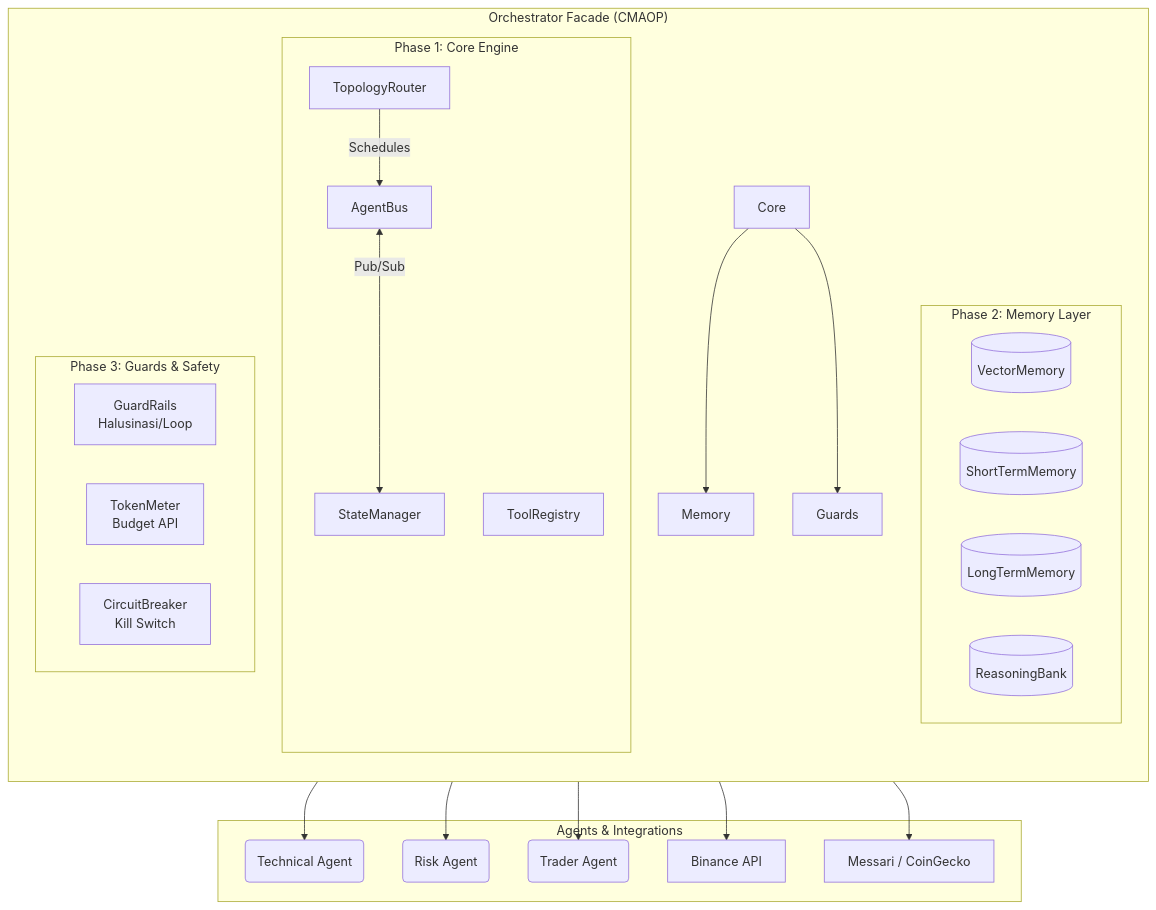
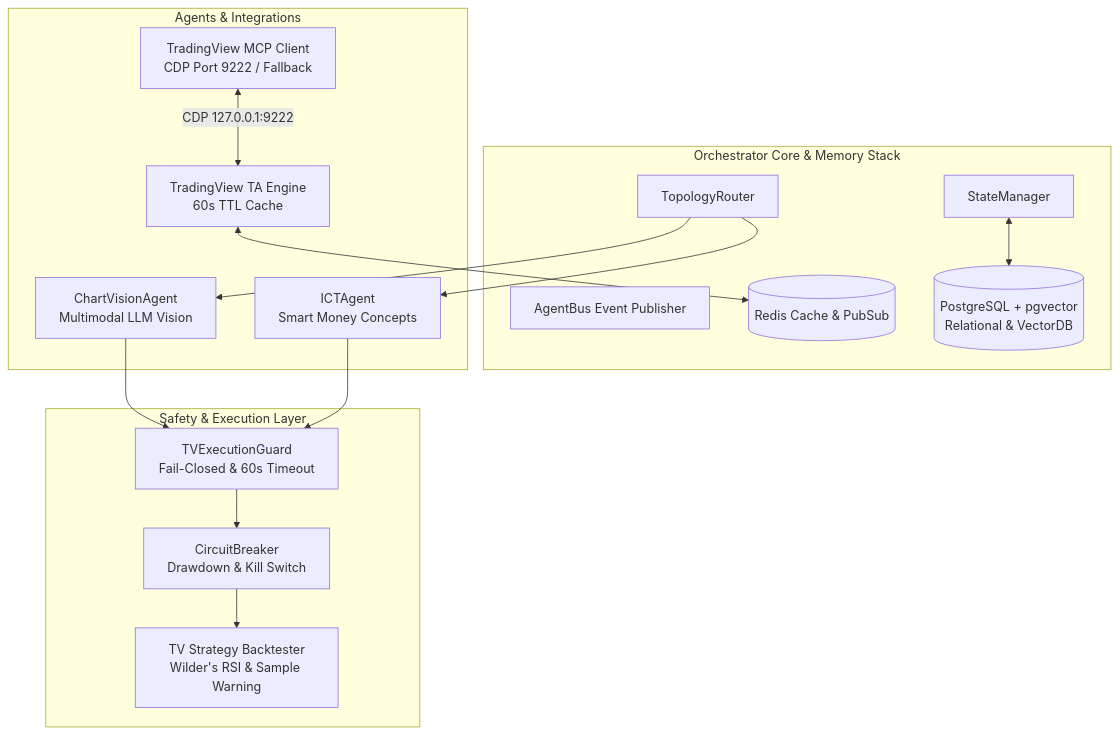
The diagram in README.md (bimoBintang/TradingAgents), drawn with Mermaid before and after one commit. The commit also changed other lines of this file, not shown here.

Commit message:
docs: Update README.md with TradingView MCP, ICT Agent, TVExecutionGuard, and Enterprise Docker VPS guide

````diff
--- a/README.md
+++ b/README.md
@@ -22,45 +23,33 @@
 ```mermaid
 graph TD
-    subgraph "Orchestrator Facade (CMAOP)"
-    direction TB
-    
-    subgraph "Phase 1: Core Engine"
+    subgraph "Orchestrator Core & Memory Stack"
         TR[TopologyRouter]
-        AB[AgentBus]
+        AB[AgentBus Event Publisher]
         SM[StateManager]
-        TRg[ToolRegistry]
-        TR -->|Schedules| AB
-        AB <-->|Pub/Sub| SM
-    end
-    
-    subgraph "Phase 2: Memory Layer"
-        VM[(VectorMemory)]
-        STM[(ShortTermMemory)]
-        LTM[(LongTermMemory)]
-        RB[(ReasoningBank)]
-    end
-    
-    subgraph "Phase 3: Guards & Safety"
-        GR[GuardRails\nHalusinasi/Loop]
-        TM[TokenMeter\nBudget API]
-        CB[CircuitBreaker\nKill Switch]
-    end
-    
-    Core --> Memory
-    Core --> Guards
+        PG[(PostgreSQL + pgvector\nRelational & VectorDB)]
+        RD[(Redis Cache & PubSub)]
     end
 
     subgraph "Agents & Integrations"
-        A1(Technical Agent)
-        A2(Risk Agent)
-        A3(Trader Agent)
-        Binance[Binance API]
-        Data[Messari / CoinGecko]
+        CV[ChartVisionAgent\nMultimodal LLM Vision]
+        ICT[ICTAgent\nSmart Money Concepts]
+        TA[TradingView TA Engine\n60s TTL Cache]
+        MCP[TradingView MCP Client\nCDP Port 9222 / Fallback]
     end
 
-    TR --> A1
-    TR --> A2
-    TR --> A3
-    TRg --> Binance
-    TRg --> Data
+    subgraph "Safety & Execution Layer"
+        EG[TVExecutionGuard\nFail-Closed & 60s Timeout]
+        CB[CircuitBreaker\nDrawdown & Kill Switch]
+        BT[TV Strategy Backtester\nWilder's RSI & Sample Warning]
+    end
+
+    TR --> CV
+    TR --> ICT
+    MCP <-->|CDP 127.0.0.1:9222| TA
+    ICT --> EG
+    CV --> EG
+    EG --> CB
+    CB --> BT
+    SM <--> PG
+    TA <--> RD
 ```
````
